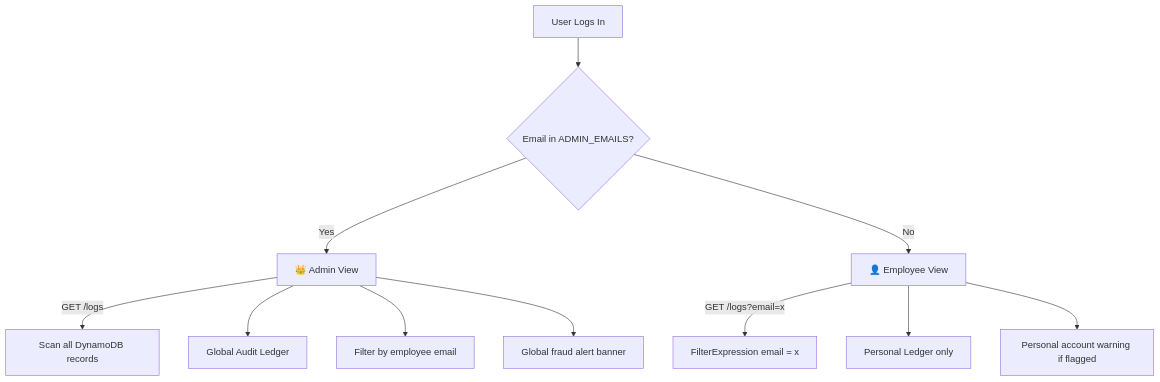
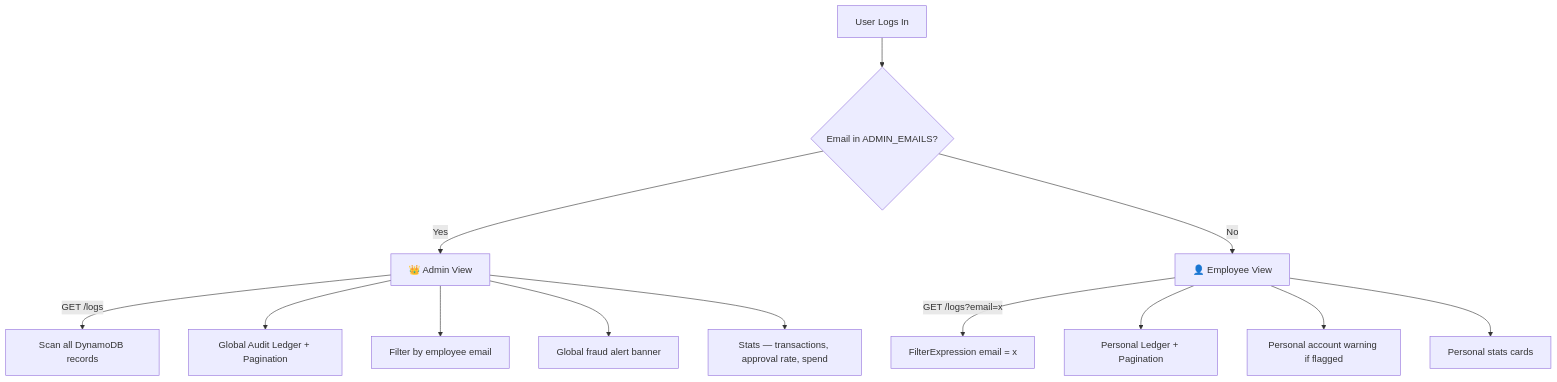
One commit to prajjwalsingh11/smartwallet-ai changed the third of 3 diagrams in ARCHITECTURE.md. Above: the diagram before and after it, drawn with Mermaid. The commit also changed other lines of this file and 1 other file, not shown here.

Commit message:
Major UI & pagination update

````diff
--- a/ARCHITECTURE.md
+++ b/ARCHITECTURE.md
@@ -74,16 +74,18 @@
 ```mermaid
 graph TD
     Login[User Logs In]
     Login --> Check{Email in ADMIN_EMAILS?}
     Check -->|Yes| Admin[👑 Admin View]
     Check -->|No| Employee[👤 Employee View]
 
     Admin -->|GET /logs| AllData[Scan all DynamoDB records]
-    Admin --> GlobalLedger[Global Audit Ledger]
+    Admin --> GlobalLedger[Global Audit Ledger + Pagination]
     Admin --> FilterDropdown[Filter by employee email]
     Admin --> FraudBanner[Global fraud alert banner]
+    Admin --> StatsCards[Stats — transactions, approval rate, spend]
 
     Employee -->|GET /logs?email=x| FilteredData[FilterExpression email = x]
-    Employee --> PersonalLedger[Personal Ledger only]
+    Employee --> PersonalLedger[Personal Ledger + Pagination]
     Employee --> AccountWarning[Personal account warning if flagged]
+    Employee --> PersonalStats[Personal stats cards]
 ```
````
